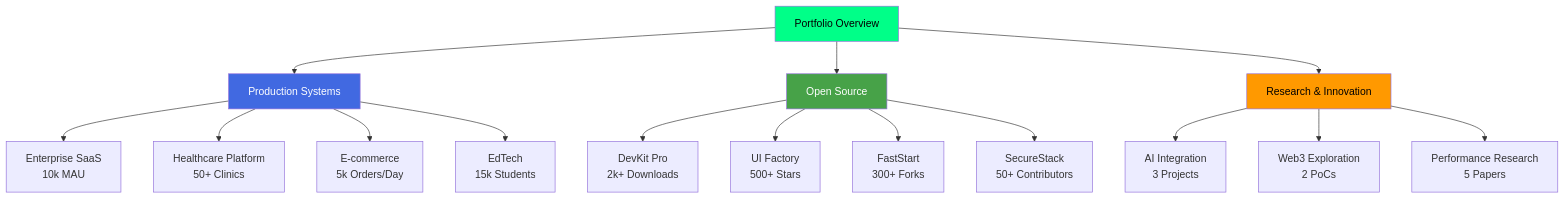
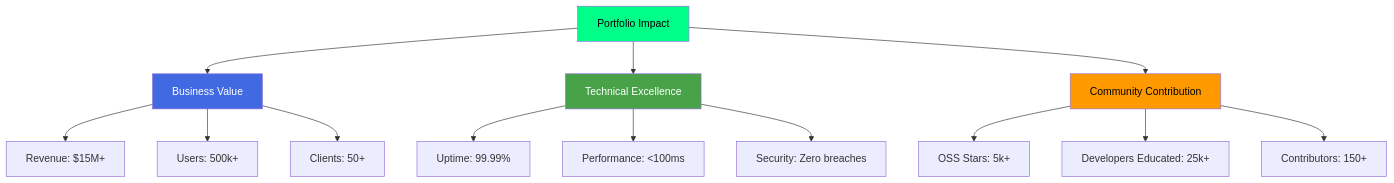
One commit to mentech93/mentech93 changed the sixth of 9 diagrams in README.md. Above: the diagram before and after it, drawn with Mermaid. The commit also changed other lines of this file, not shown here.

````diff
--- a/README.md
+++ b/README.md
@@ -204,25 +453,23 @@
 ```mermaid
 graph TD
-    A[Portfolio Overview] --> B[Production Systems]
-    A --> C[Open Source]
-    A --> D[Research & Innovation]
+    A[Portfolio Impact] --> B[Business Value]
+    A --> C[Technical Excellence]
+    A --> D[Community Contribution]
     
-    B --> B1[Enterprise SaaS<br/>10k MAU]
-    B --> B2[Healthcare Platform<br/>50+ Clinics]
-    B --> B3[E-commerce<br/>5k Orders/Day]
-    B --> B4[EdTech<br/>15k Students]
+    B --> B1[Revenue: $15M+]
+    B --> B2[Users: 500k+]
+    B --> B3[Clients: 50+]
     
-    C --> C1[DevKit Pro<br/>2k+ Downloads]
-    C --> C2[UI Factory<br/>500+ Stars]
-    C --> C3[FastStart<br/>300+ Forks]
-    C --> C4[SecureStack<br/>50+ Contributors]
+    C --> C1[Uptime: 99.99%]
+    C --> C2[Performance: <100ms]
+    C --> C3[Security: Zero breaches]
     
-    D --> D1[AI Integration<br/>3 Projects]
-    D --> D2[Web3 Exploration<br/>2 PoCs]
-    D --> D3[Performance Research<br/>5 Papers]
+    D --> D1[OSS Stars: 5k+]
+    D --> D2[Developers Educated: 25k+]
+    D --> D3[Contributors: 150+]
     
     style A fill:#00ff88,color:#000
     style B fill:#4169E1,color:#fff
     style C fill:#47A248,color:#fff
     style D fill:#FF9900,color:#000
 ```
````
